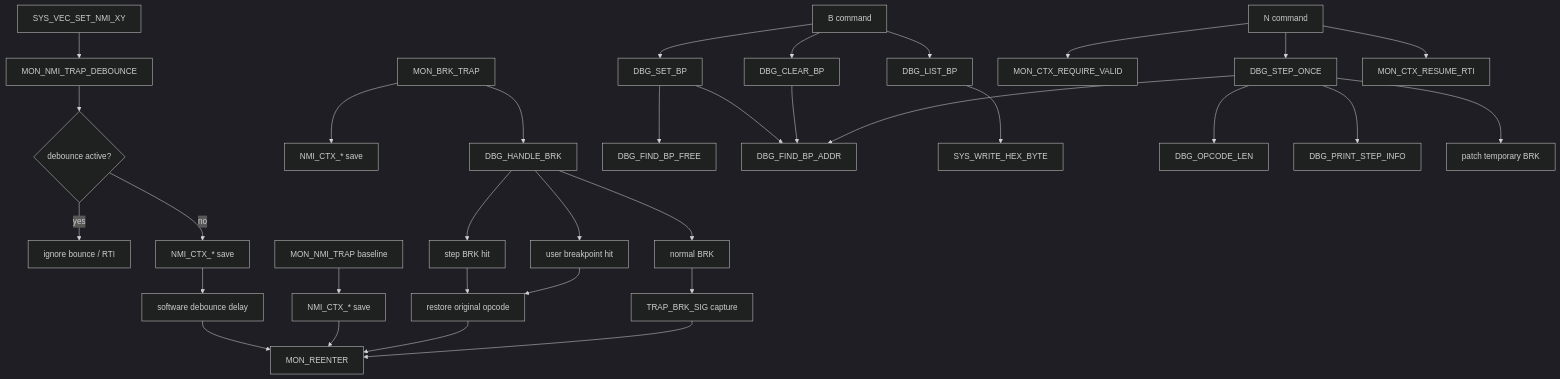
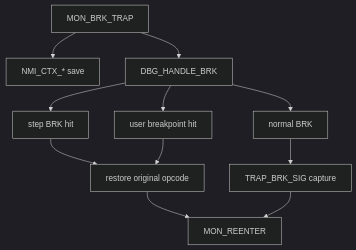
Diagram 14 of 18 in DOC/GUIDES/HIMON/HIMON_MAP.md (95westus/R-YORS), drawn with Mermaid (dark theme) before and after one commit. The commit also changed other lines of this file and 59 other files, not shown here.

````diff
--- a/DOC/GUIDES/HIMON/HIMON_MAP.md
+++ b/DOC/GUIDES/HIMON/HIMON_MAP.md
@@ -201,38 +254,13 @@
 ```mermaid
 flowchart TD
-    SETNMI[SYS_VEC_SET_NMI_XY] --> POC[MON_NMI_TRAP_DEBOUNCE]
-    POC --> ACTIVE{debounce active?}
-    ACTIVE -->|yes| RTI[ignore bounce / RTI]
-    ACTIVE -->|no| NMISAVE[NMI_CTX_* save]
-    NMISAVE --> DELAY[software debounce delay]
-    DELAY --> REENTER[MON_REENTER]
-    BASE[MON_NMI_TRAP baseline] --> BASESAVE[NMI_CTX_* save]
-    BASESAVE --> REENTER
-
     BRK[MON_BRK_TRAP] --> BRKSAVE[NMI_CTX_* save]
     BRK --> HANDLE[DBG_HANDLE_BRK]
     HANDLE --> STEPHIT[step BRK hit]
     HANDLE --> BPHIT[user breakpoint hit]
     HANDLE --> NONE[normal BRK]
     STEPHIT --> RESTORE[restore original opcode]
     BPHIT --> RESTORE
-    RESTORE --> REENTER
+    RESTORE --> REENTER[MON_REENTER]
     NONE --> SIG[TRAP_BRK_SIG capture]
     SIG --> REENTER
-
-    CMD_B[B command] --> SET[DBG_SET_BP]
-    CMD_B --> CLR[DBG_CLEAR_BP]
-    CMD_B --> LIST[DBG_LIST_BP]
-    SET --> FINDFREE[DBG_FIND_BP_FREE]
-    SET --> FINDADDR[DBG_FIND_BP_ADDR]
-    CLR --> FINDADDR
-    LIST --> PRINT[SYS_WRITE_HEX_BYTE]
-
-    CMD_N[N command] --> CTX[MON_CTX_REQUIRE_VALID]
-    CMD_N --> STEP[DBG_STEP_ONCE]
-    STEP --> OPLEN[DBG_OPCODE_LEN]
-    STEP --> STEPINFO[DBG_PRINT_STEP_INFO]
-    STEP --> FINDADDR
-    STEP --> PATCH[patch temporary BRK]
-    CMD_N --> RESUME[MON_CTX_RESUME_RTI]
 ```
````
